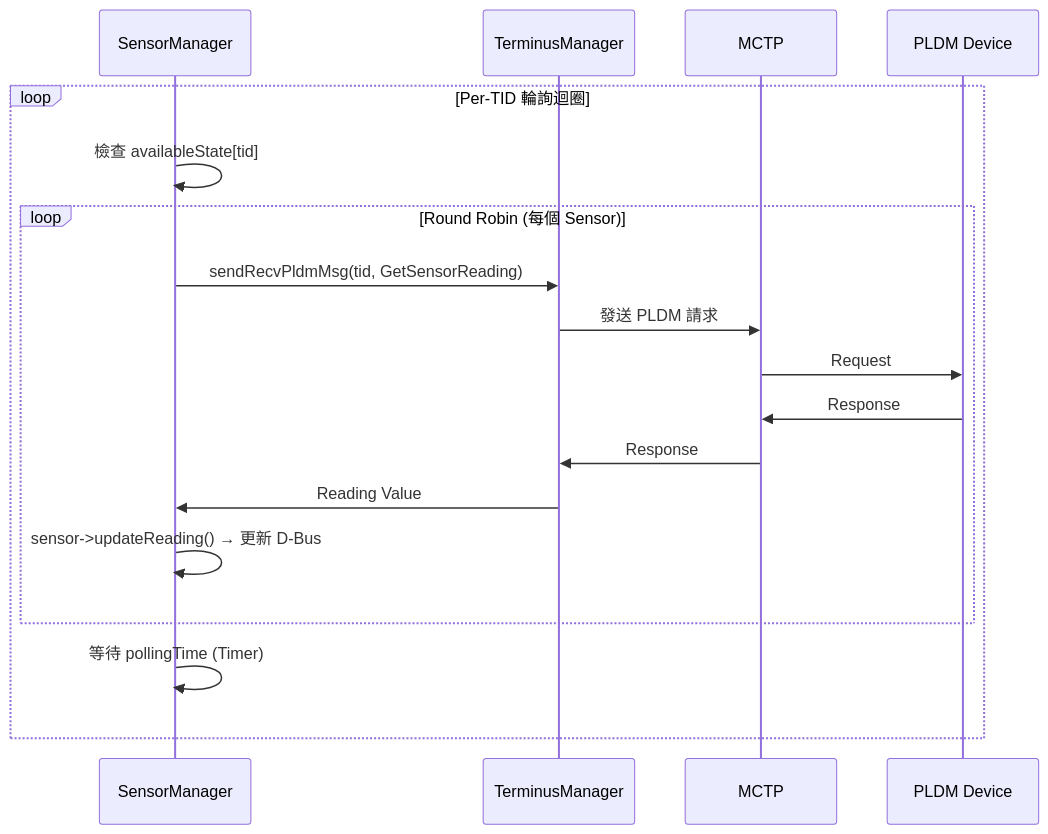
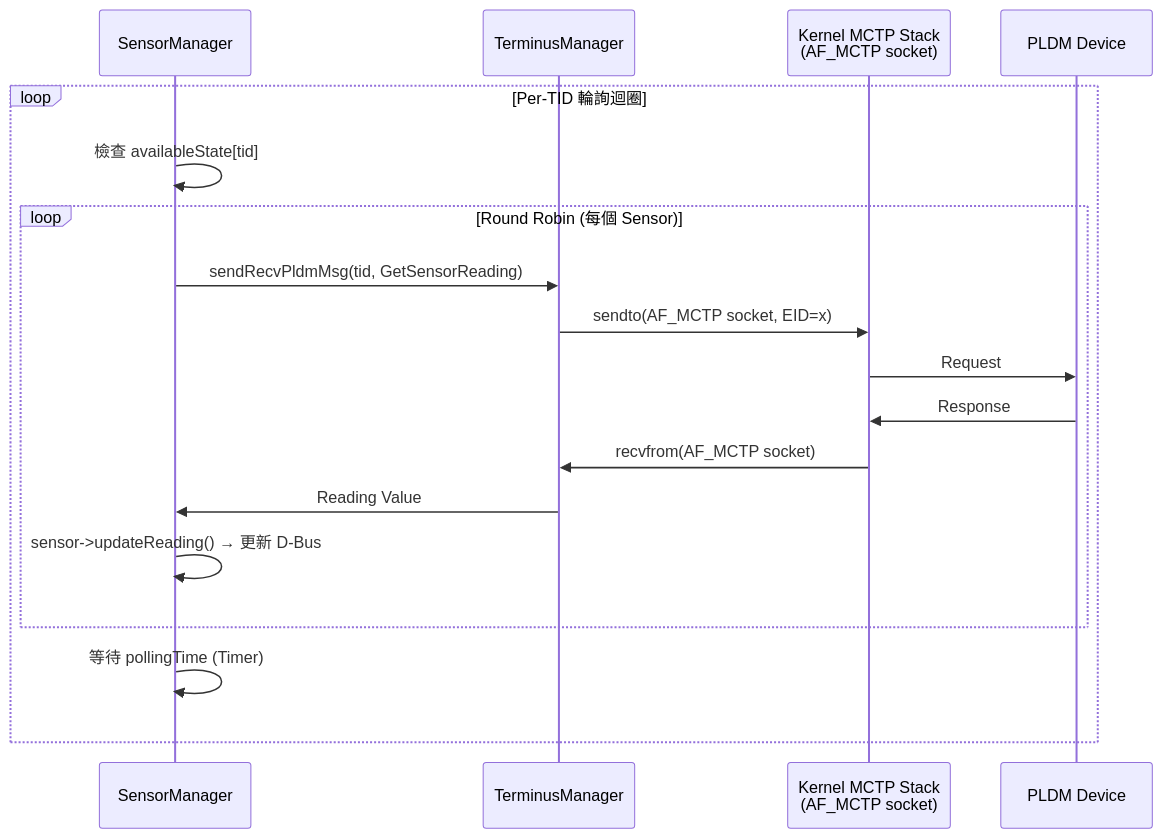
One commit to chilung-cgu/bmc-firmware-knowledge-base changed the third of 3 diagrams in pldm/PlatformMC.md. Above: the diagram before and after it, drawn with Mermaid. The commit also changed other lines of this file and 4 other files, not shown here.

First line of the commit message:
docs(pldm): 修正 mctpd/mctp-demux 架構混淆與流程圖

````diff
--- a/pldm/PlatformMC.md
+++ b/pldm/PlatformMC.md
@@ -298,21 +298,21 @@
 ```mermaid
 sequenceDiagram
     participant SM as SensorManager
     participant TM as TerminusManager
-    participant MCTP as MCTP
+    participant MCTP as Kernel MCTP Stack<br/>(AF_MCTP socket)
     participant Device as PLDM Device
 
     loop Per-TID 輪詢迴圈
         SM->>SM: 檢查 availableState[tid]
         loop Round Robin (每個 Sensor)
             SM->>TM: sendRecvPldmMsg(tid, GetSensorReading)
-            TM->>MCTP: 發送 PLDM 請求
+            TM->>MCTP: sendto(AF_MCTP socket, EID=x)
             MCTP->>Device: Request
             Device->>MCTP: Response
-            MCTP->>TM: Response
+            MCTP->>TM: recvfrom(AF_MCTP socket)
             TM->>SM: Reading Value
             SM->>SM: sensor->updateReading() → 更新 D-Bus
         end
         SM->>SM: 等待 pollingTime (Timer)
     end
 ```
````
